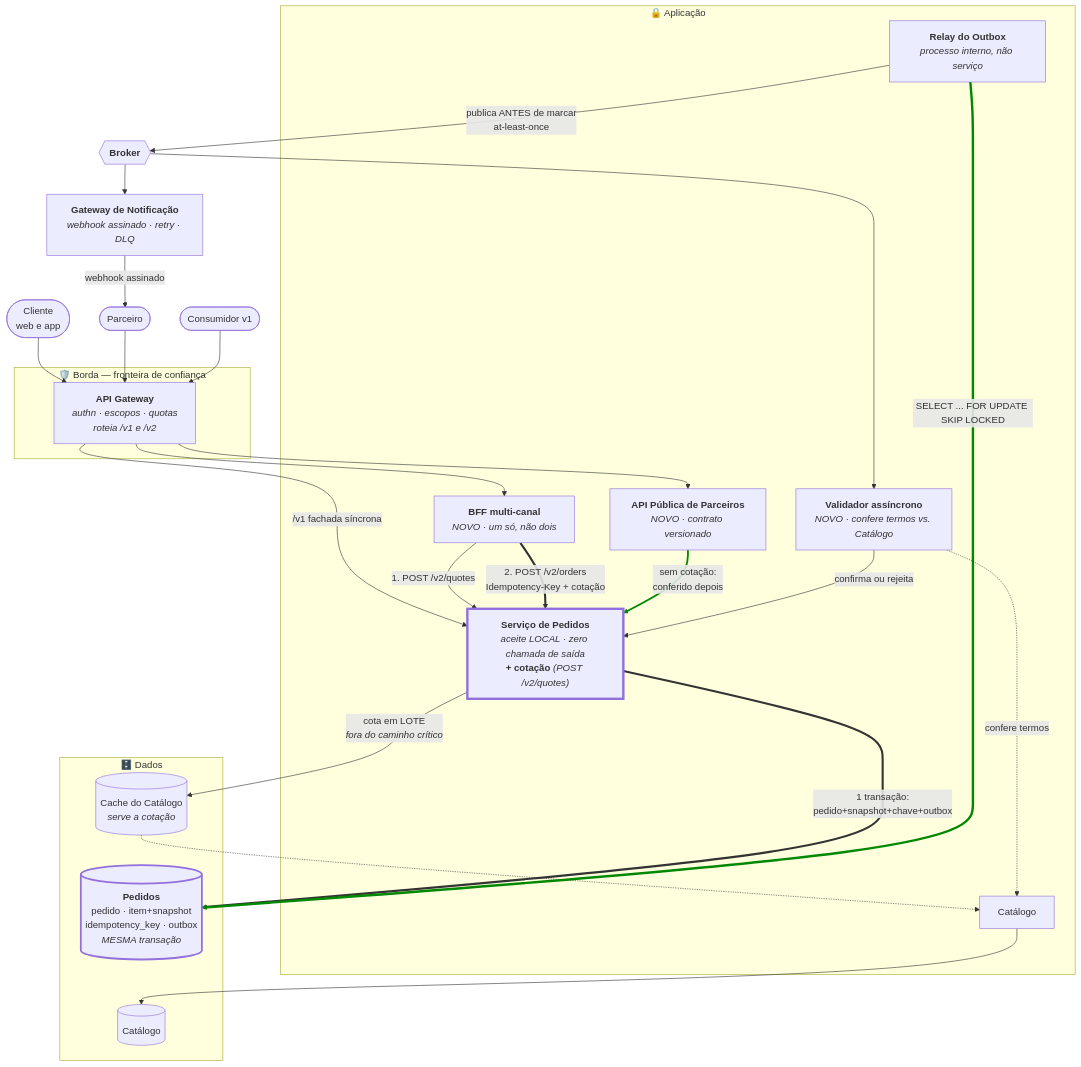
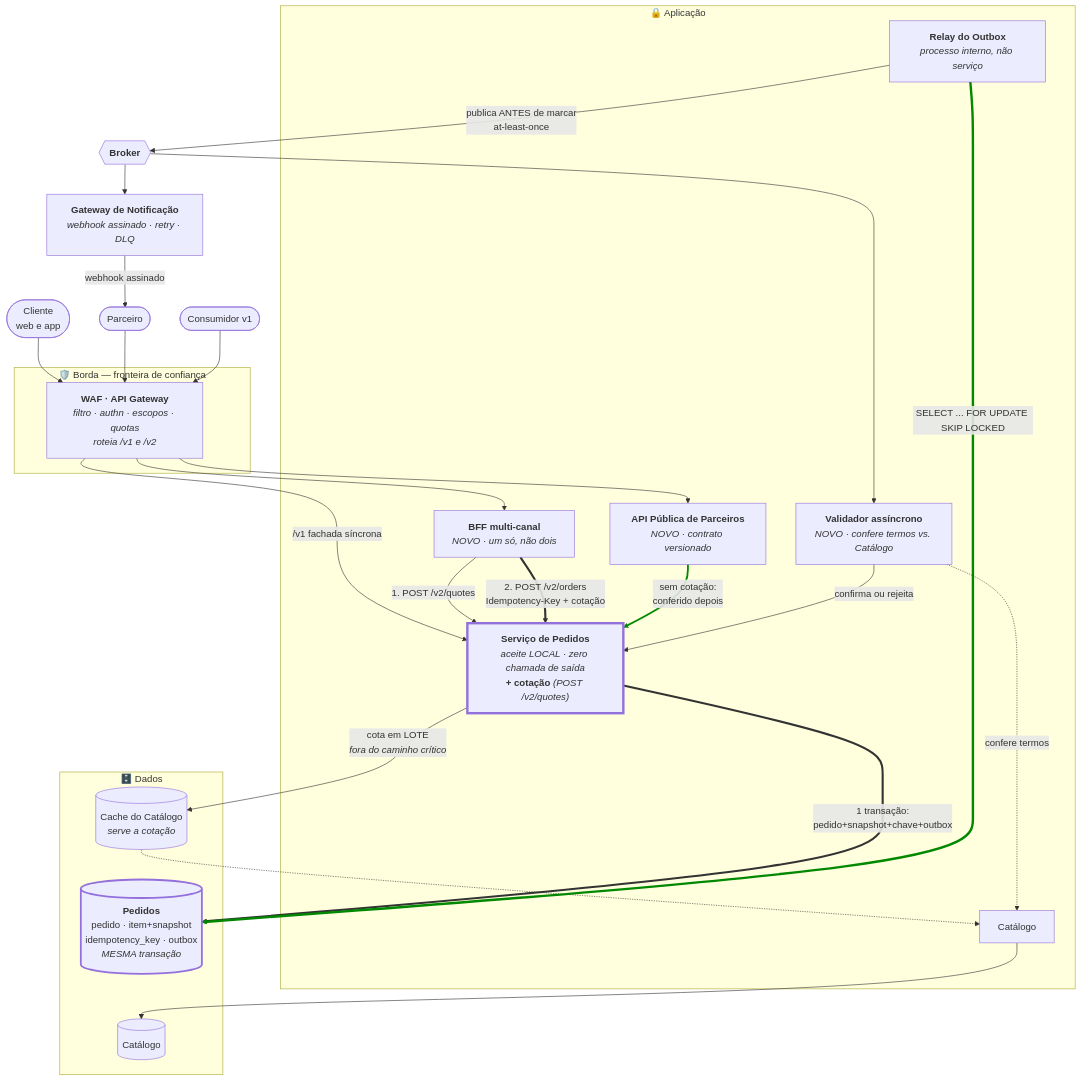
Before and after one commit to fmoreira1990/solution_architect: the diagram in docs/technical-context/c4/containers-to-be.md, drawn with Mermaid. The commit also changed 13 other files, not shown here.

````diff
--- a/docs/technical-context/c4/containers-to-be.md
+++ b/docs/technical-context/c4/containers-to-be.md
@@ -11,58 +11,58 @@
 ```mermaid
 flowchart TB
     cliente(["Cliente<br/>web e app"])
     parceiro(["Parceiro"])
     legado(["Consumidor v1"])
 
     subgraph borda["🛡️ Borda — fronteira de confiança"]
-        gw["<b>API Gateway</b><br/><i>authn · escopos · quotas<br/>roteia /v1 e /v2</i>"]
+        gw["<b>WAF · API Gateway</b><br/><i>filtro · authn · escopos · quotas<br/>roteia /v1 e /v2</i>"]
     end
 
     subgraph app["🔒 Aplicação"]
         bff["<b>BFF multi-canal</b><br/><i>NOVO · um só, não dois</i>"]
         apub["<b>API Pública de Parceiros</b><br/><i>NOVO · contrato versionado</i>"]
         pedidos["<b>Serviço de Pedidos</b><br/><i>aceite LOCAL · zero chamada de saída</i><br/><b>+ cotação</b> <i>(POST /v2/quotes)</i>"]
         relay["<b>Relay do Outbox</b><br/><i>processo interno, não serviço</i>"]
         validador["<b>Validador assíncrono</b><br/><i>NOVO · confere termos vs. Catálogo</i>"]
         catalogo["Catálogo"]
     end
 
     subgraph dados["🗄️ Dados"]
         dbped[("<b>Pedidos</b><br/>pedido · item+snapshot<br/>idempotency_key · outbox<br/><i>MESMA transação</i>")]
         cache[("Cache do Catálogo<br/><i>serve a cotação</i>")]
         dbcat[("Catálogo")]
     end
 
     broker{{"<b>Broker</b>"}}
     notif["<b>Gateway de Notificação</b><br/><i>webhook assinado · retry · DLQ</i>"]
 
     cliente --> gw
     parceiro --> gw
     legado --> gw
     gw --> bff
     gw --> apub
     gw -->|"/v1 fachada síncrona"| pedidos
 
     bff -->|"1. POST /v2/quotes"| pedidos
     pedidos -->|"cota em LOTE<br/><i>fora do caminho crítico</i>"| cache
     cache -.-> catalogo
     catalogo --> dbcat
 
     bff ==>|"2. POST /v2/orders<br/>Idempotency-Key + cotação"| pedidos
     apub ==>|"sem cotação:<br/>conferido depois"| pedidos
 
     pedidos ===>|"1 transação:<br/>pedido+snapshot+chave+outbox"| dbped
     relay -->|"SELECT ... FOR UPDATE SKIP LOCKED"| dbped
     relay -->|"publica ANTES de marcar<br/>at-least-once"| broker
 
     broker --> validador
     broker --> notif
     validador -.->|"confere termos"| catalogo
     validador -->|"confirma ou rejeita"| pedidos
     notif -->|"webhook assinado"| parceiro
 
     style pedidos stroke-width:4px
     style dbped stroke-width:3px
     linkStyle 11 stroke:#080,stroke-width:3px
     linkStyle 13 stroke:#080,stroke-width:4px
 ```
````
